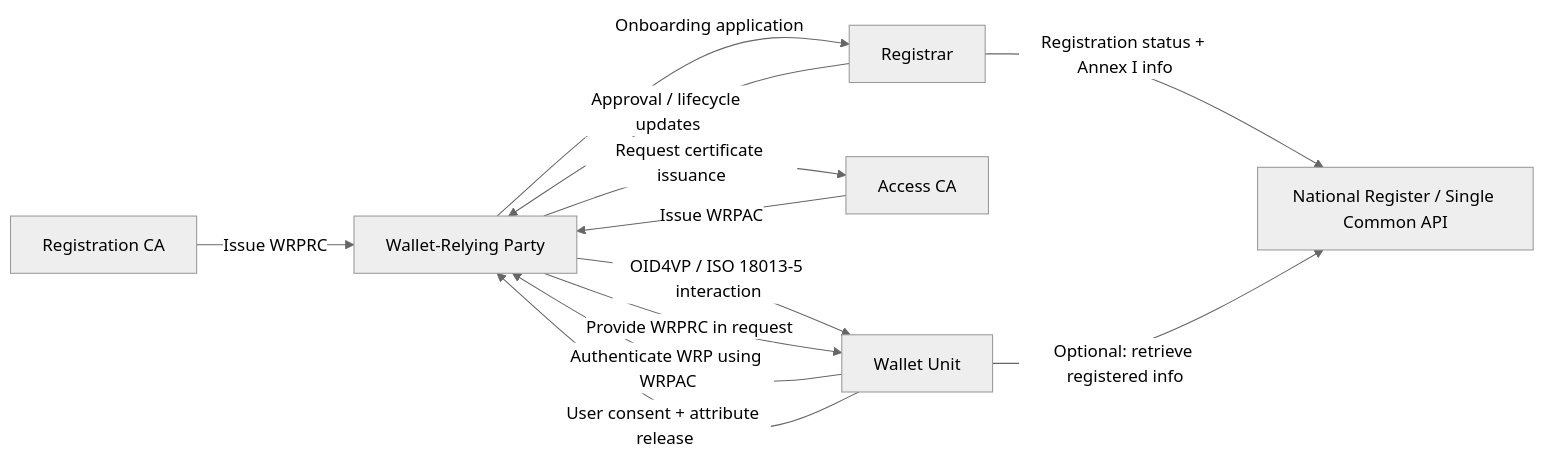
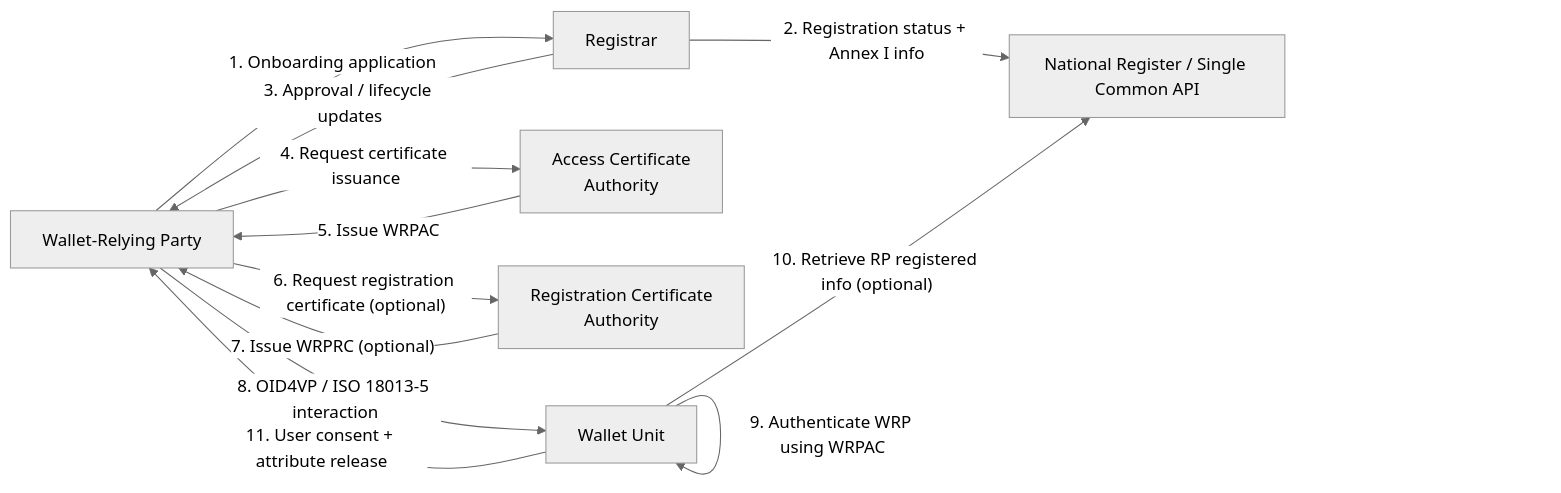
The first of 3 diagrams in topics/registry.md (APTITUDE-Consortium/wp2-trust-specifications), drawn with Mermaid (neutral theme) before and after one commit. The commit also changed other lines of this file, not shown here.

Commit message:
add diagrams

`````diff
--- a/topics/registry.md
+++ b/topics/registry.md
@@ -192,17 +33,19 @@
 ````mermaid
 flowchart LR
-  WRP[Wallet-Relying Party] -->|Onboarding application| REG[Registrar]
-  REG -->|Registration status + Annex I info| NREG[National Register / Single Common API]
-  REG -->|Approval / lifecycle updates| WRP
+  WRP[Wallet-Relying Party] -->|1. Onboarding application| REG[Registrar]
+  REG -->|2. Registration status + Annex I info| NREG[National Register / Single Common API]
+  
+  REG -->|3. Approval / lifecycle updates| WRP
 
-  WRP -->|Request certificate issuance| ACA[Access CA]
-  ACA -->|Issue WRPAC | WRP
+  WRP -->|4. Request certificate issuance| ACA[Access Certificate <br> Authority]
+  ACA -->|5. Issue WRPAC | WRP
 
-  WRP -->|OID4VP / ISO 18013-5 interaction| WAL[Wallet Unit]
-  WAL -->|Authenticate WRP using WRPAC| WRP
-  WAL -->|Optional: retrieve registered info| NREG
-  WAL -->|User consent + attribute release| WRP
+  WRP -->|"6. Request registration certificate (optional)"| RCA[Registration Certificate <br> Authority]
+  RCA -->|"7. Issue WRPRC (optional)" | WRP
 
-  REGCA[Registration CA ] -->|Issue WRPRC| WRP
-  WRP -->|Provide WRPRC in request | WAL
+  WRP -->|8. OID4VP / ISO 18013-5 interaction| WAL[Wallet Unit]
+  WAL -->|9. Authenticate WRP using WRPAC| WAL
+  WAL -->|"10. Retrieve RP registered info (optional)"| NREG
+  WAL -->|11. User consent + attribute release| WRP
+
 ````
`````
